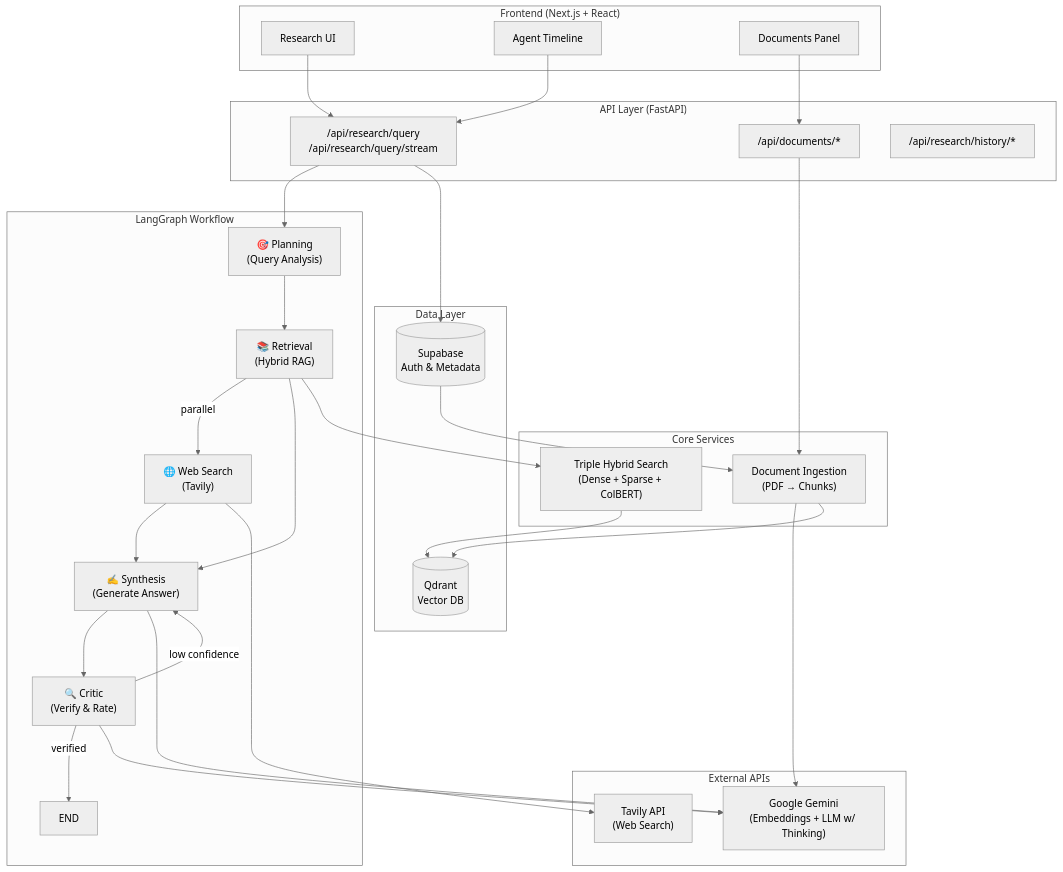
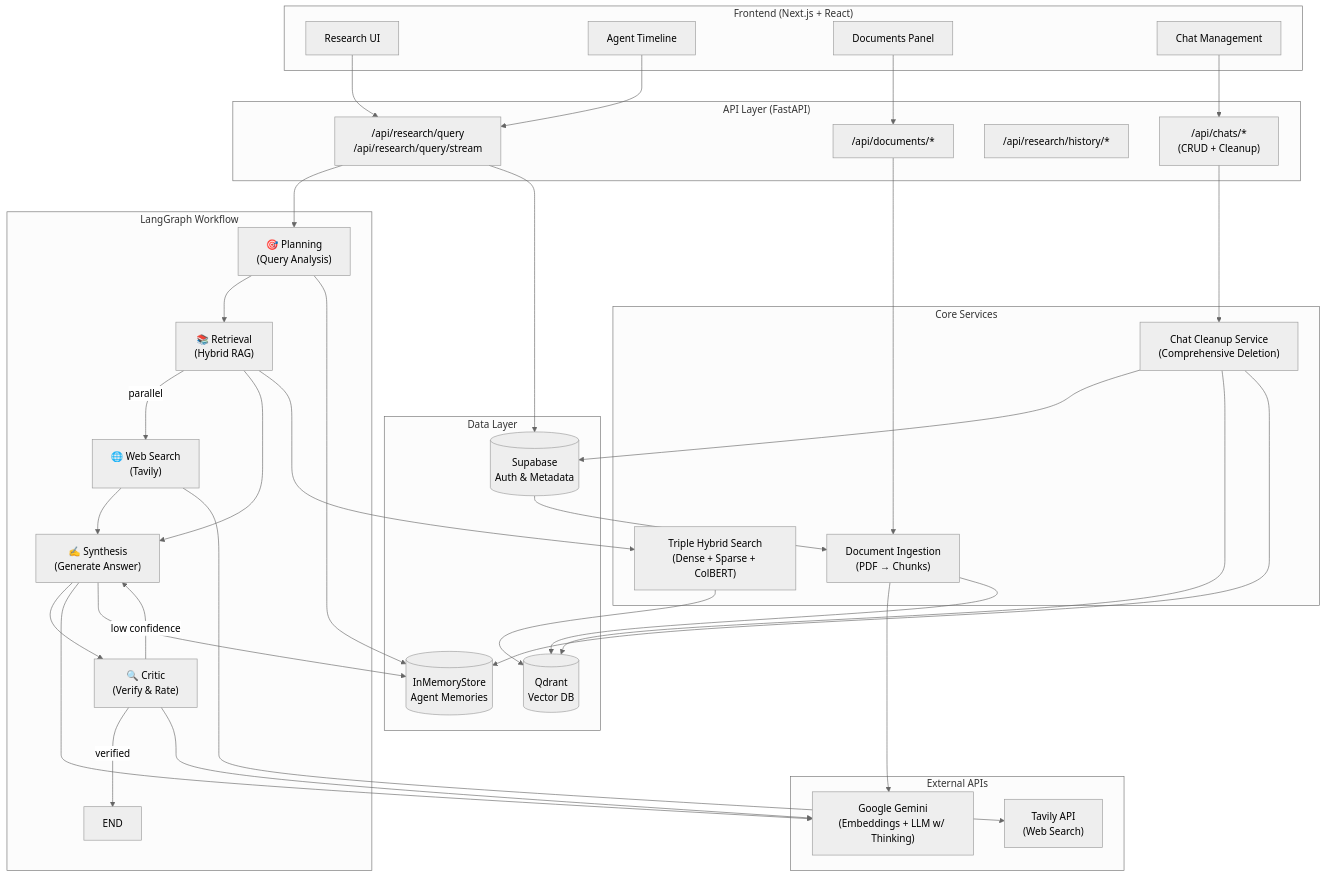
One commit to thornxyz/revera changed the diagram in README.md. Above: the diagram before and after it, drawn with Mermaid (neutral theme). The commit also changed other lines of this file and 8 other files, not shown here.

Commit message:
proper chat cleanup, title naming

````diff
--- a/README.md
+++ b/README.md
@@ -7,64 +7,75 @@
 ```mermaid
 flowchart TB
     subgraph Frontend["Frontend (Next.js + React)"]
         UI[Research UI]
         Timeline[Agent Timeline]
         DocPanel[Documents Panel]
+        ChatList[Chat Management]
     end
 
     subgraph API["API Layer (FastAPI)"]
         ResearchAPI["/api/research/query<br/>/api/research/query/stream"]
         DocumentsAPI["/api/documents/*"]
         HistoryAPI["/api/research/history/*"]
+        ChatsAPI["/api/chats/*<br/>(CRUD + Cleanup)"]
     end
 
     subgraph LangGraph["LangGraph Workflow"]
         Planner["🎯 Planning<br/>(Query Analysis)"]
         Retrieval["📚 Retrieval<br/>(Hybrid RAG)"]
         WebSearch["🌐 Web Search<br/>(Tavily)"]
         Synthesis["✍️ Synthesis<br/>(Generate Answer)"]
         Critic["🔍 Critic<br/>(Verify & Rate)"]
         
         Planner --> Retrieval
         Retrieval -->|parallel| WebSearch
         Retrieval --> Synthesis
         WebSearch --> Synthesis
         Synthesis --> Critic
         Critic -->|low confidence| Synthesis
         Critic -->|verified| End[END]
     end
 
     subgraph Services["Core Services"]
         Ingestion["Document Ingestion<br/>(PDF → Chunks)"]
         HybridRAG["Triple Hybrid Search<br/>(Dense + Sparse + ColBERT)"]
+        Cleanup["Chat Cleanup Service<br/>(Comprehensive Deletion)"]
     end
 
     subgraph External["External APIs"]
         Gemini["Google Gemini<br/>(Embeddings + LLM w/ Thinking)"]
         Tavily["Tavily API<br/>(Web Search)"]
     end
 
     subgraph Data["Data Layer"]
         Supabase[(Supabase<br/>Auth & Metadata)]
         Qdrant[(Qdrant<br/>Vector DB)]
+        Memory[(InMemoryStore<br/>Agent Memories)]
     end
 
     UI --> ResearchAPI
     DocPanel --> DocumentsAPI
     Timeline --> ResearchAPI
+    ChatList --> ChatsAPI
     
     ResearchAPI --> Planner
     DocumentsAPI --> Ingestion
+    ChatsAPI --> Cleanup
     
     Retrieval --> HybridRAG
     WebSearch --> Tavily
     
     HybridRAG --> Qdrant
     Ingestion --> Gemini
     Ingestion --> Qdrant
     Synthesis --> Gemini
     Critic --> Gemini
+    Planner --> Memory
+    Synthesis --> Memory
     
+    Cleanup --> Supabase
+    Cleanup --> Qdrant
+    Cleanup --> Memory
     Supabase --> Ingestion
     ResearchAPI --> Supabase
 ```
````
